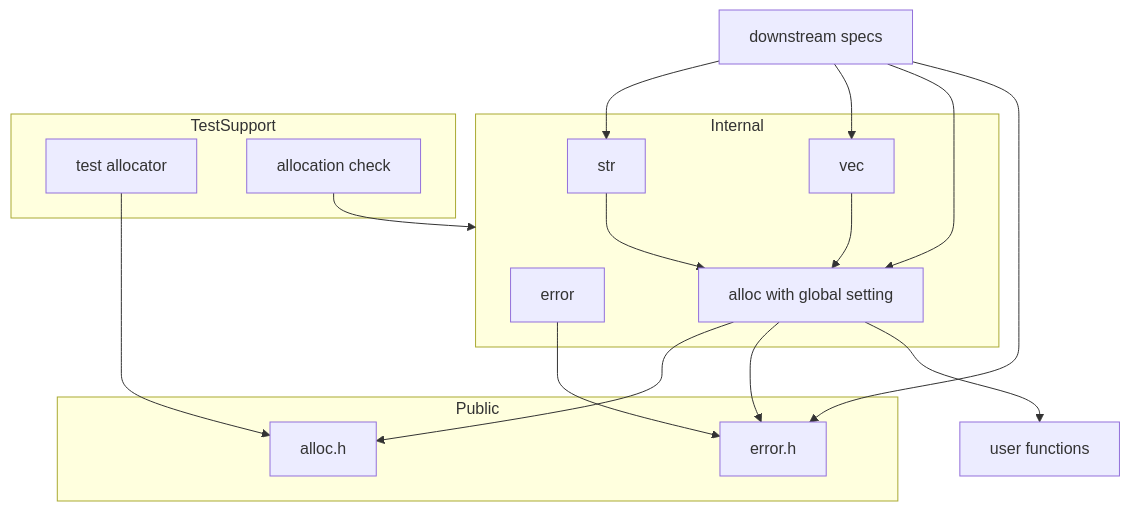
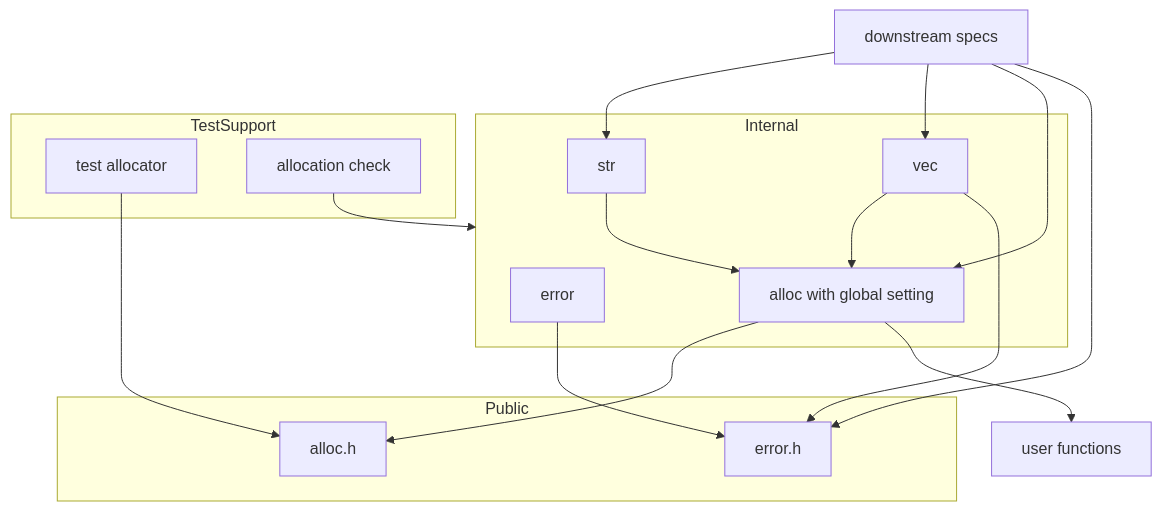
One commit to ktdevx/cargs changed the first of 2 diagrams in .kiro/specs/core-runtime/design.md. Above: the diagram before and after it, drawn with Mermaid. The commit also changed other lines of this file, not shown here.

````diff
--- a/.kiro/specs/core-runtime/design.md
+++ b/.kiro/specs/core-runtime/design.md
@@ -85,32 +85,32 @@
 ```mermaid
 graph TB
     subgraph Public
         ErrorH[error.h]
         AllocatorH[alloc.h]
     end
     subgraph Internal
         Error[error]
         Allocator[alloc with global setting]
         Str[str]
         Vec[vec]
     end
     subgraph TestSupport
         TestAllocator[test allocator]
         Check[allocation check]
     end
     Downstream[downstream specs]
     User[user functions]
 
     Error --> ErrorH
     Allocator --> AllocatorH
-    Allocator --> ErrorH
     Str --> Allocator
     Vec --> Allocator
+    Vec --> ErrorH
     Downstream --> Str
     Downstream --> Vec
     Downstream --> Allocator
     Downstream --> ErrorH
     Allocator --> User
     TestAllocator --> AllocatorH
     Check --> Internal
 ```
````
